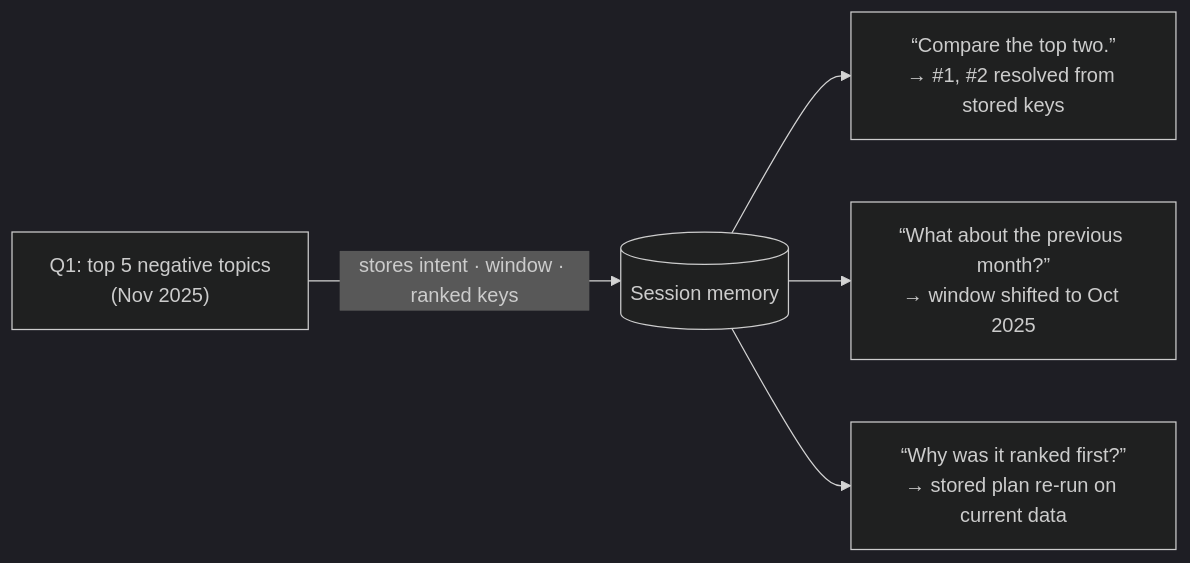
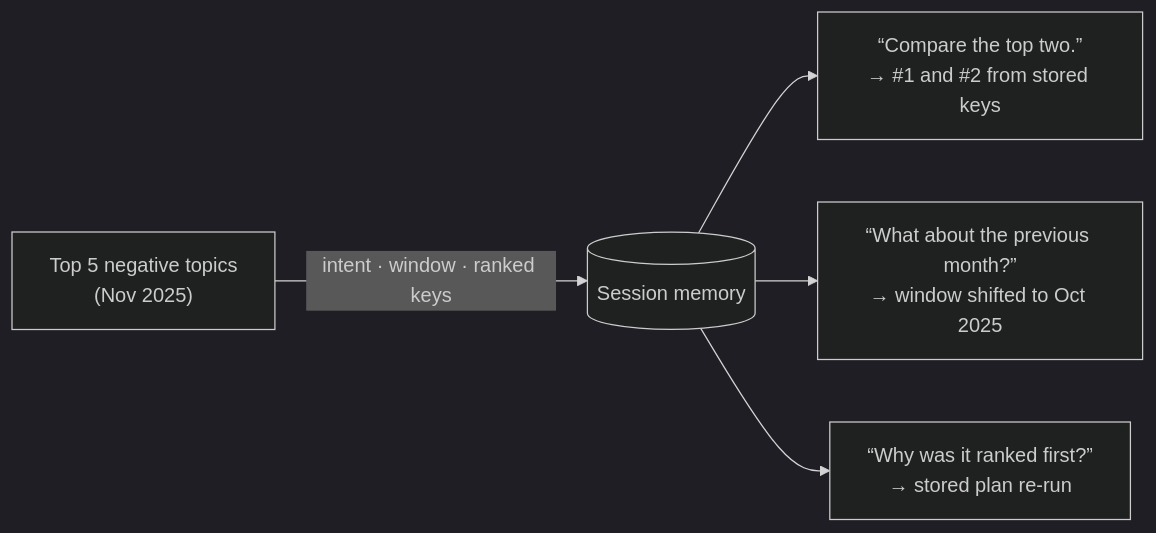
The fifth of 6 diagrams in conversation-intelligence-copilot/README.md (florina787/Data-sets), drawn with Mermaid (dark theme) before and after one commit. The commit also changed other lines of this file and 15 other files, not shown here.

First line of the commit message:
Redesign README: demo GIF, focused screenshots, staged agent graph, IDE setup

````diff
--- a/conversation-intelligence-copilot/README.md
+++ b/conversation-intelligence-copilot/README.md
@@ -292,7 +369,7 @@
 ```mermaid
 flowchart LR
-    T1["Q1: top 5 negative topics<br/>(Nov 2025)"] -->|stores intent · window · ranked keys| M[(Session memory)]
-    M --> T2["“Compare the top two.”<br/>→ #1, #2 resolved from stored keys"]
+    T1["Top 5 negative topics<br/>(Nov 2025)"] -->|intent · window · ranked keys| M[(Session memory)]
+    M --> T2["“Compare the top two.”<br/>→ #1 and #2 from stored keys"]
     M --> T3["“What about the previous month?”<br/>→ window shifted to Oct 2025"]
-    M --> T4["“Why was it ranked first?”<br/>→ stored plan re-run on current data"]
+    M --> T4["“Why was it ranked first?”<br/>→ stored plan re-run"]
 ```
````
